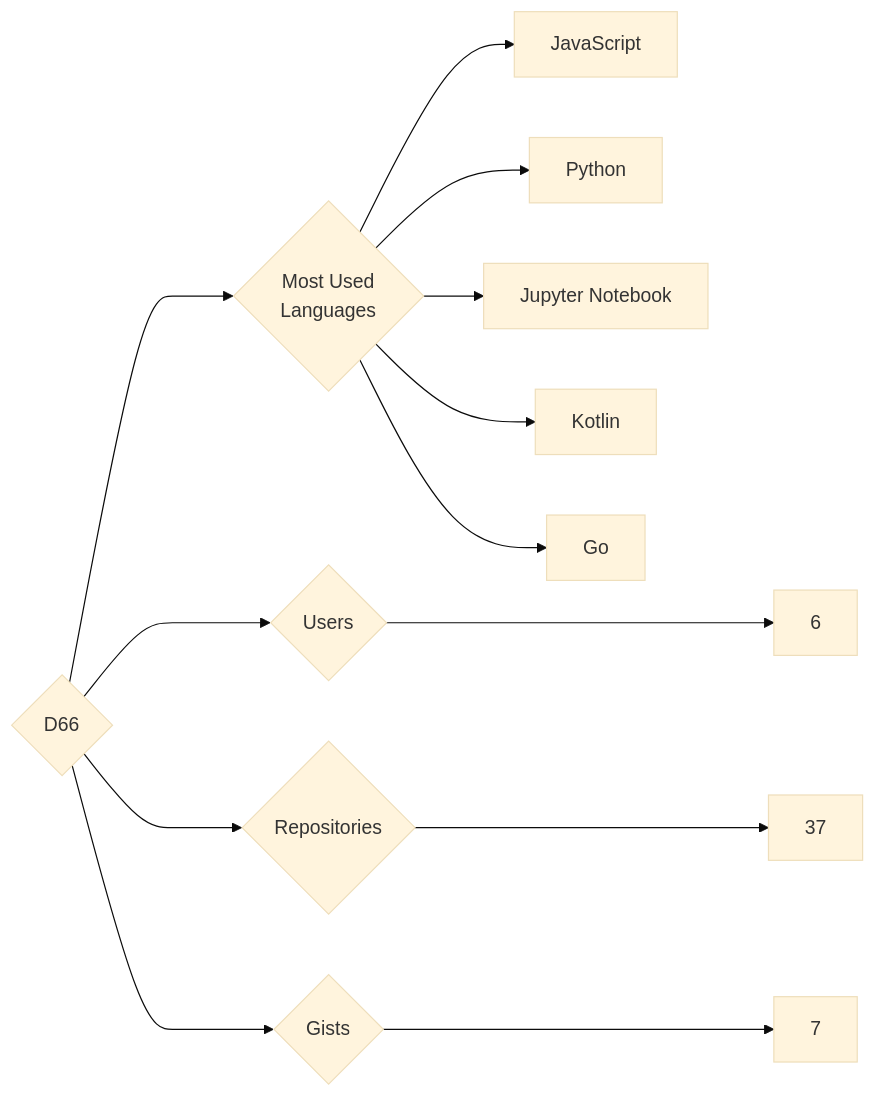
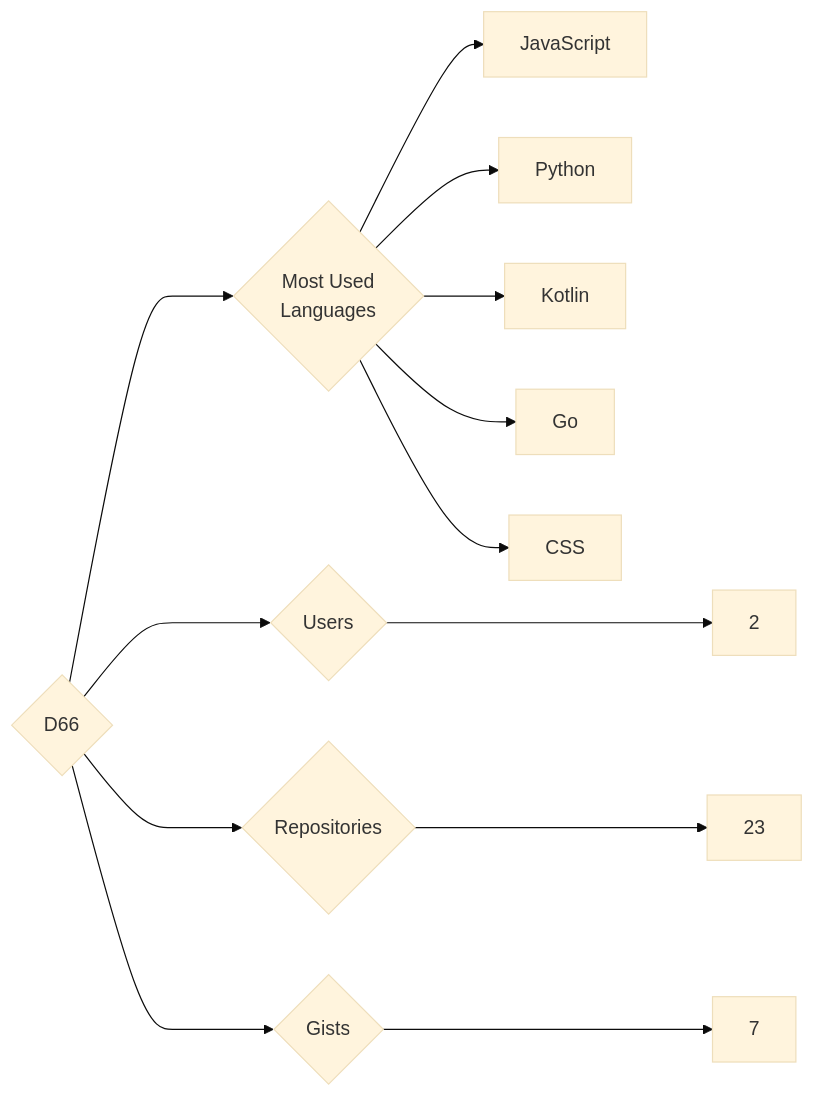
One commit to trickest/insiders changed the diagram in targets/D66/README.md. Above: the diagram before and after it, drawn with Mermaid (base theme). The commit also changed 679 other files, not shown here.

````diff
--- a/targets/D66/README.md
+++ b/targets/D66/README.md
@@ -3,13 +3,13 @@
 ```mermaid
 graph LR
 COMPANY_NAME{D66}
-COMPANY_NAME ---> U{Users} ---> UN[6]
-COMPANY_NAME ---> R{Repositories} ---> RN[37]
+COMPANY_NAME ---> U{Users} ---> UN[2]
+COMPANY_NAME ---> R{Repositories} ---> RN[23]
 COMPANY_NAME ---> G{Gists} ---> GN[7]
 COMPANY_NAME ---> ML{Most Used<br>Languages}
 ML --> JavaScript[JavaScript]
 ML --> Python[Python]
-ML --> Jupyter_Notebook[Jupyter Notebook]
 ML --> Kotlin[Kotlin]
 ML --> Go[Go]
+ML --> CSS[CSS]
 ```
````
